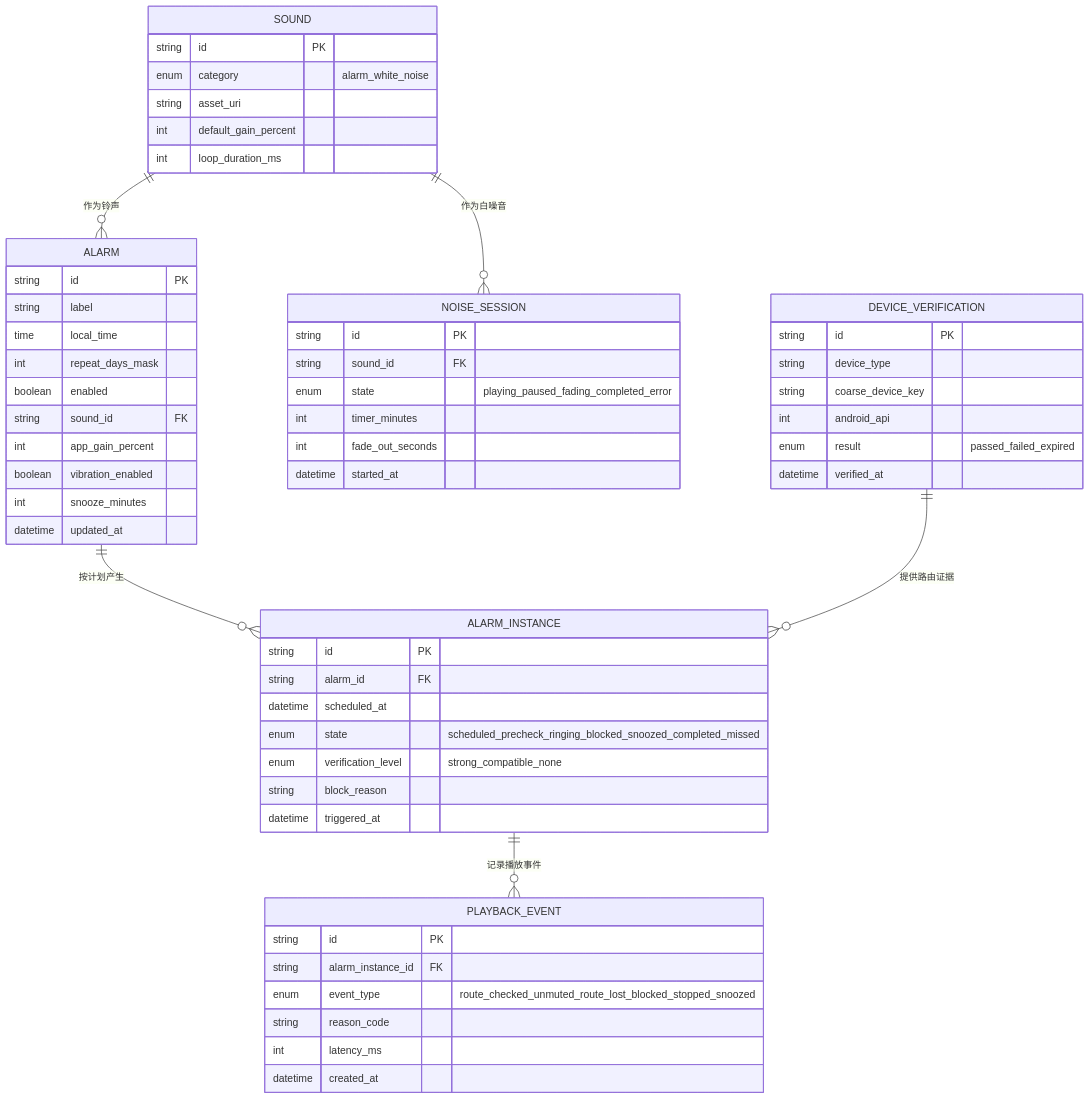
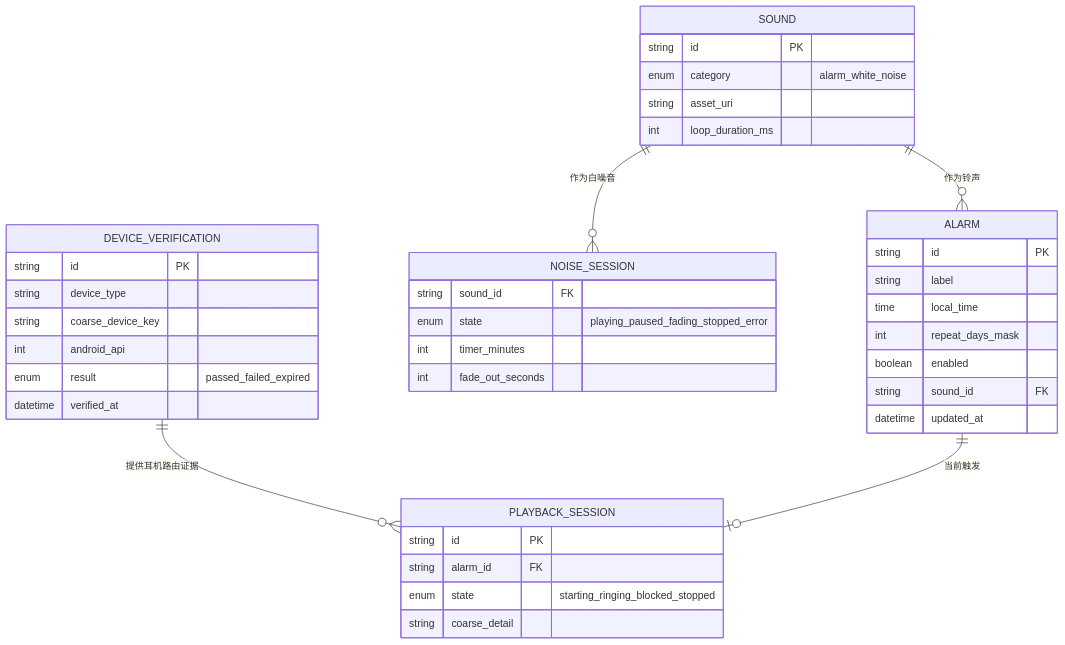
One commit to chenzhiyong1994/hush-wake changed the second of 5 diagrams in docs/hush-wake-prd.md. Above: the diagram before and after it, drawn with Mermaid. The commit also changed other lines of this file and 32 other files, not shown here.

````diff
--- a/docs/hush-wake-prd.md
+++ b/docs/hush-wake-prd.md
@@ -398,61 +398,43 @@
 ```mermaid
 erDiagram
-    ALARM ||--o{ ALARM_INSTANCE : "按计划产生"
     SOUND ||--o{ ALARM : "作为铃声"
     SOUND ||--o{ NOISE_SESSION : "作为白噪音"
-    DEVICE_VERIFICATION ||--o{ ALARM_INSTANCE : "提供路由证据"
-    ALARM_INSTANCE ||--o{ PLAYBACK_EVENT : "记录播放事件"
+    DEVICE_VERIFICATION ||--o{ PLAYBACK_SESSION : "提供耳机路由证据"
+    ALARM ||--o| PLAYBACK_SESSION : "当前触发"
 
     ALARM {
         string id PK
         string label
         time local_time
         int repeat_days_mask
         boolean enabled
         string sound_id FK
-        int app_gain_percent
-        boolean vibration_enabled
-        int snooze_minutes
         datetime updated_at
-    }
-    ALARM_INSTANCE {
-        string id PK
-        string alarm_id FK
-        datetime scheduled_at
-        enum state "scheduled_precheck_ringing_blocked_snoozed_completed_missed"
-        enum verification_level "strong_compatible_none"
-        string block_reason
-        datetime triggered_at
     }
     SOUND {
         string id PK
         enum category "alarm_white_noise"
         string asset_uri
-        int default_gain_percent
         int loop_duration_ms
     }
     DEVICE_VERIFICATION {
         string id PK
         string device_type
         string coarse_device_key
         int android_api
         enum result "passed_failed_expired"
         datetime verified_at
     }
+    PLAYBACK_SESSION {
+        string id PK
+        string alarm_id FK
+        enum state "starting_ringing_blocked_stopped"
+        string coarse_detail
+    }
     NOISE_SESSION {
-        string id PK
         string sound_id FK
-        enum state "playing_paused_fading_completed_error"
+        enum state "playing_paused_fading_stopped_error"
         int timer_minutes
         int fade_out_seconds
-        datetime started_at
-    }
-    PLAYBACK_EVENT {
-        string id PK
-        string alarm_instance_id FK
-        enum event_type "route_checked_unmuted_route_lost_blocked_stopped_snoozed"
-        string reason_code
-        int latency_ms
-        datetime created_at
     }
 ```
````
